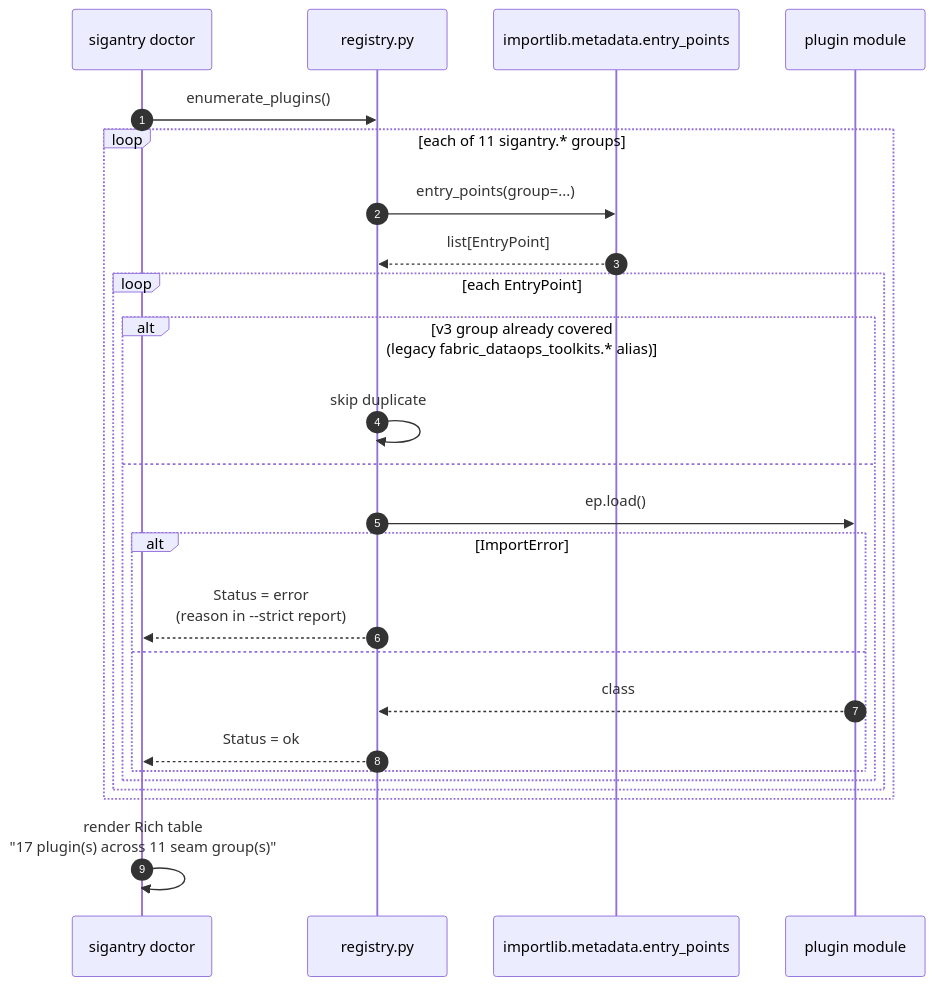
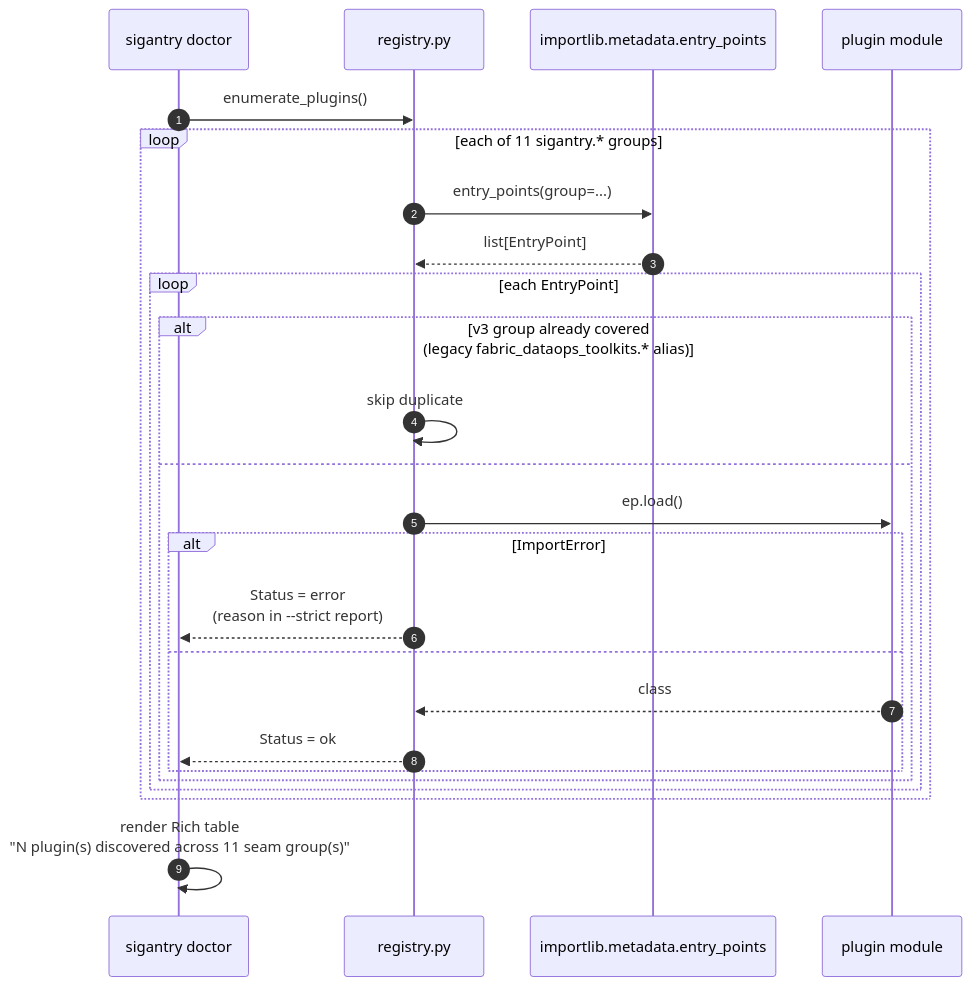
The seventh of 9 diagrams in docs/CAPABILITIES.md (Bralabee/sigantry), drawn with Mermaid before and after one commit. The commit also changed other lines of this file and 20 other files, not shown here.

````diff
--- a/docs/CAPABILITIES.md
+++ b/docs/CAPABILITIES.md
@@ -598,30 +595,30 @@
 ```mermaid
 sequenceDiagram
     autonumber
     participant Doc as sigantry doctor
     participant Reg as registry.py
     participant EP as importlib.metadata.entry_points
     participant Imp as plugin module
 
     Doc->>Reg: enumerate_plugins()
 
     loop each of 11 sigantry.* groups
         Reg->>EP: entry_points(group=...)
         EP-->>Reg: list[EntryPoint]
         loop each EntryPoint
             alt v3 group already covered<br/>(legacy fabric_dataops_toolkits.* alias)
                 Reg->>Reg: skip duplicate
             else
                 Reg->>Imp: ep.load()
                 alt ImportError
                     Reg-->>Doc: Status = error<br/>(reason in --strict report)
                 else
                     Imp-->>Reg: class
                     Reg-->>Doc: Status = ok
                 end
             end
         end
     end
 
-    Doc->>Doc: render Rich table<br/>"17 plugin(s) across 11 seam group(s)"
+    Doc->>Doc: render Rich table<br/>"N plugin(s) discovered across 11 seam group(s)"
 ```
````
